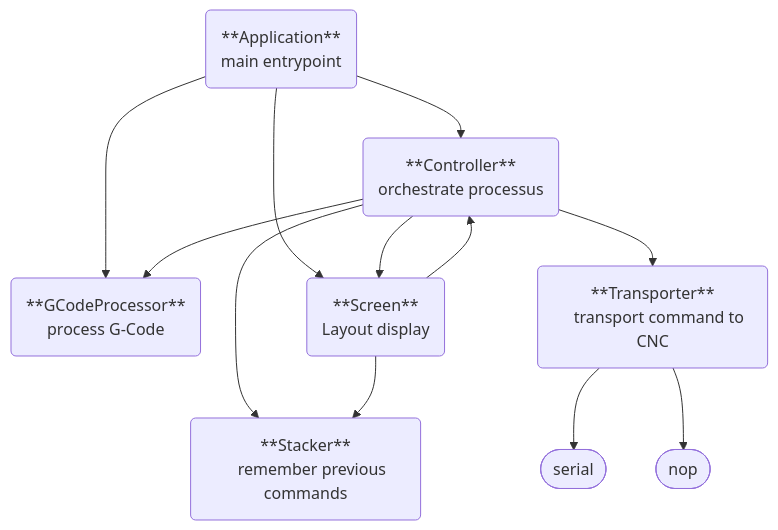
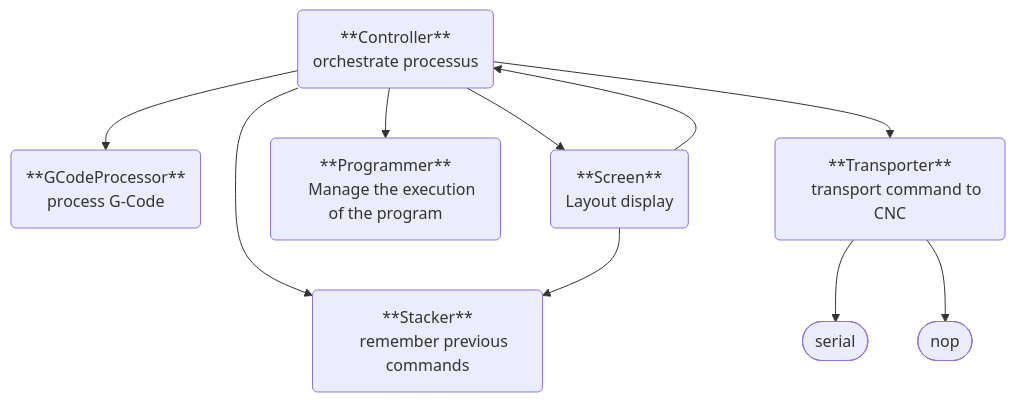
The diagram in README.md (landru29/cnc-serial), drawn with Mermaid before and after one commit. The commit also changed other lines of this file and 4 other files, not shown here.

````diff
--- a/README.md
+++ b/README.md
@@ -33,30 +43,29 @@
 ```mermaid
 graph TD;
     GCodeProcessor(**GCodeProcessor**
     process G-Code);
     Transporter(**Transporter**
     transport command to CNC);
     Stacker(**Stacker**
     remember previous commands
     );
     Controller(**Controller**
     orchestrate processus
     );
+    Programmer(**Programmer**
+    Manage the execution of the program
+    );
     Screen(**Screen**
     Layout display
     );
-    Application(**Application**
-    main entrypoint);
 
-    Application-->Controller;
-    Application-->GCodeProcessor;
-    Application-->Screen;
     Controller-->Stacker;
     Controller-->GCodeProcessor;
+    Controller-->Programmer;
     Controller-->Transporter;
     Transporter-->serial([serial]);
     Transporter-->nop([nop]);
     Screen-->Controller;
     Controller-->Screen;
     Screen-->Stacker;
 ```
````
